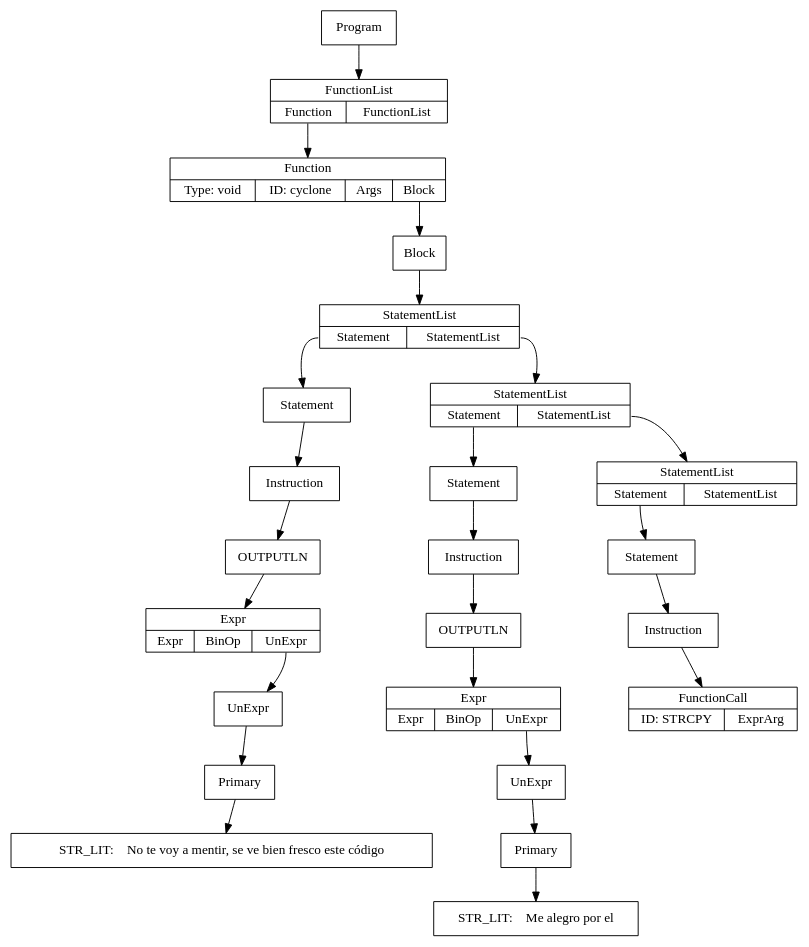
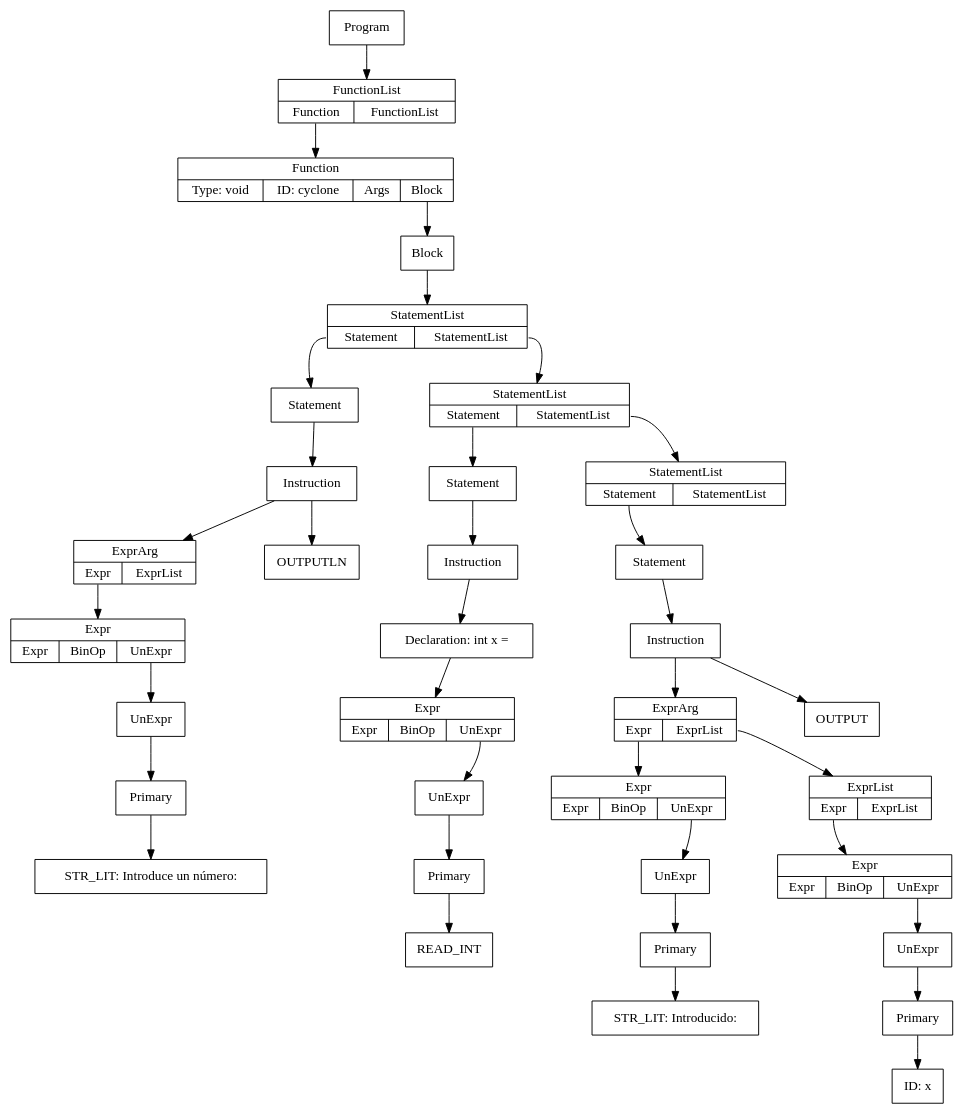
Before and after one commit to s-rom/CycloneCompiler: the diagram in InfoFiles/comp2.dot, drawn with Graphviz. The commit also changed 113 other files, not shown here.

```diff
--- a/InfoFiles/comp2.dot
+++ b/InfoFiles/comp2.dot
@@ -1,52 +1,74 @@
 digraph ccTree {
 graph[nodesep="1"]
 	node [shape=box]
 	node [shape=box]
 	n0 [label = "Primary"]
-	n1 [label = "STR_LIT:    No te voy a mentir, se ve bien fresco este código"]
+	n1 [label = "STR_LIT: Introduce un número: "]
 	n0-> n1
 	n2 [label = "UnExpr"]
 	n2-> n0
 	n3 [label = "{Expr | {<e>Expr | <bo>BinOp | <ue>UnExpr}}", shape="record"]
 	n3:ue-> n2
-	n4 [label = "Instruction"]
-	n5 [label = "OUTPUTLN"]
-	n4-> n5
-	n5-> n3
-	n6 [label = "Statement"]
-	n6-> n4
-	n7 [label = "Primary"]
-	n8 [label = "STR_LIT:    Me alegro por el"]
-	n7-> n8
-	n9 [label = "UnExpr"]
-	n9-> n7
-	n10 [label = "{Expr | {<e>Expr | <bo>BinOp | <ue>UnExpr}}", shape="record"]
-	n10:ue-> n9
-	n11 [label = "Instruction"]
-	n12 [label = "OUTPUTLN"]
-	n11-> n12
-	n12-> n10
-	n13 [label = "Statement"]
-	n13-> n11
-	n14 [label = "{FunctionCall | { ID: STRCPY | <e>ExprArg}}", shape="record"]
-	n15 [label = "Instruction"]
-	n15-> n14
-	n16 [label = "Statement"]
-	n16-> n15
-	n17 [label = "{StatementList | {<s>Statement | <sl>StatementList}}", shape="record"]
-	n17:s-> n16
-	n18 [label = "{StatementList | {<s>Statement | <sl>StatementList}}", shape="record"]
-	n18:s-> n13
-	n18:sl-> n17
-	n19 [label = "{StatementList | {<s>Statement | <sl>StatementList}}", shape="record"]
-	n19:s-> n6
-	n19:sl-> n18
-	n20 [label = "Block"]
-	n20-> n19
-	n21 [label = "{Function | {Type: void | ID: cyclone | <a>Args | <b>Block}}", shape="record"]
-	n21:b-> n20
-	n22 [label = "{FunctionList | {<f> Function | <fl> FunctionList}}", shape="record"]
-	n22:f-> n21
-	n23 [label = "Program"]
-	n23-> n22
+	n4 [label = "{ExprArg | {<e>Expr | <el>ExprList}}", shape="record"]
+	n4:e-> n3
+	n5 [label = "Instruction"]
+	n6 [label = "OUTPUTLN"]
+	n5-> n6
+	n5-> n4
+	n7 [label = "Statement"]
+	n7-> n5
+	n8 [label = "Primary"]
+	n9 [label = "READ_INT"]
+	n8-> n9
+	n10 [label = "UnExpr"]
+	n10-> n8
+	n11 [label = "{Expr | {<e>Expr | <bo>BinOp | <ue>UnExpr}}", shape="record"]
+	n11:ue-> n10
+	n12 [label = "Declaration: int x = "]
+	n12-> n11
+	n13 [label = "Instruction"]
+	n13-> n12
+	n14 [label = "Statement"]
+	n14-> n13
+	n15 [label = "Primary"]
+	n16 [label = "STR_LIT: Introducido: "]
+	n15-> n16
+	n17 [label = "UnExpr"]
+	n17-> n15
+	n18 [label = "{Expr | {<e>Expr | <bo>BinOp | <ue>UnExpr}}", shape="record"]
+	n18:ue-> n17
+	n19 [label = "Primary"]
+	n20 [label = "ID: x"]
+	n19-> n20
+	n21 [label = "UnExpr"]
+	n21-> n19
+	n22 [label = "{Expr | {<e>Expr | <bo>BinOp | <ue>UnExpr}}", shape="record"]
+	n22:ue-> n21
+	n23 [label = "{ExprList |{<e>Expr | <el>ExprList}}", shape="record"]
+	n23:e-> n22
+	n24 [label = "{ExprArg | {<e>Expr | <el>ExprList}}", shape="record"]
+	n24:e-> n18
+	n24:el-> n23
+	n25 [label = "Instruction"]
+	n26 [label = "OUTPUT"]
+	n25-> n26
+	n25-> n24
+	n27 [label = "Statement"]
+	n27-> n25
+	n28 [label = "{StatementList | {<s>Statement | <sl>StatementList}}", shape="record"]
+	n28:s-> n27
+	n29 [label = "{StatementList | {<s>Statement | <sl>StatementList}}", shape="record"]
+	n29:s-> n14
+	n29:sl-> n28
+	n30 [label = "{StatementList | {<s>Statement | <sl>StatementList}}", shape="record"]
+	n30:s-> n7
+	n30:sl-> n29
+	n31 [label = "Block"]
+	n31-> n30
+	n32 [label = "{Function | {Type: void | ID: cyclone | <a>Args | <b>Block}}", shape="record"]
+	n32:b-> n31
+	n33 [label = "{FunctionList | {<f> Function | <fl> FunctionList}}", shape="record"]
+	n33:f-> n32
+	n34 [label = "Program"]
+	n34-> n33
 }
```
